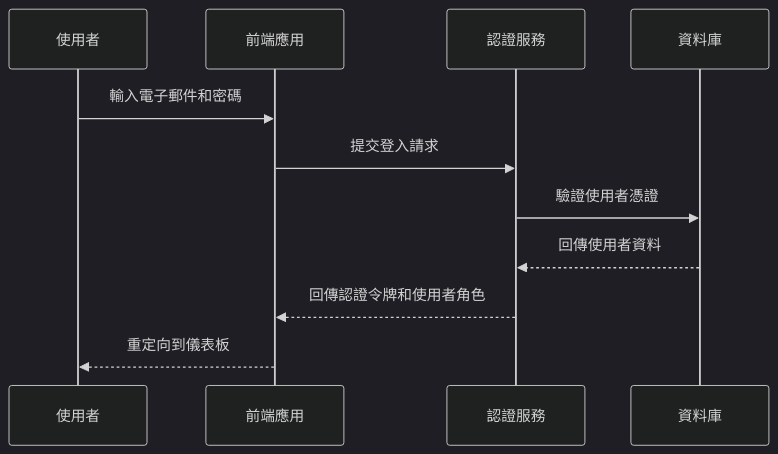
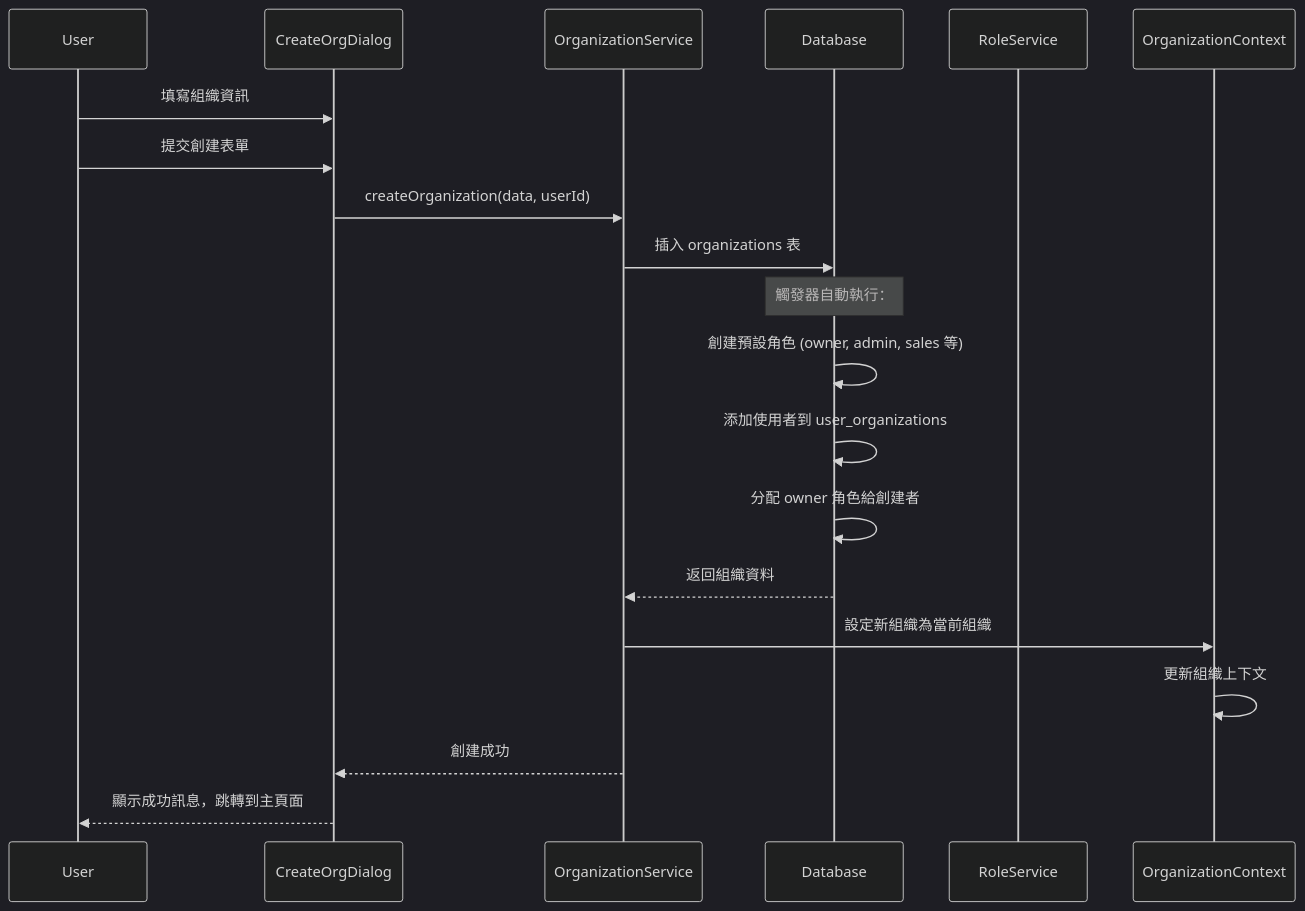
Before and after one commit to quinticechen/qerp-system: the second of 18 diagrams in docs/SEQUENCE_DIAGRAMS.md, drawn with Mermaid (dark theme). The commit also changed other lines of this file and 9 other files, not shown here.

````diff
--- a/docs/SEQUENCE_DIAGRAMS.md
+++ b/docs/SEQUENCE_DIAGRAMS.md
@@ -11,14 +43,25 @@
 ```mermaid
 sequenceDiagram
-    participant User as 使用者
-    participant Frontend as 前端應用
-    participant Auth as 認證服務
-    participant DB as 資料庫
+    participant U as User
+    participant UI as CreateOrgDialog
+    participant OS as OrganizationService
+    participant DB as Database
+    participant RS as RoleService
+    participant OC as OrganizationContext
 
-    User->>Frontend: 輸入電子郵件和密碼
-    Frontend->>Auth: 提交登入請求
-    Auth->>DB: 驗證使用者憑證
-    DB-->>Auth: 回傳使用者資料
-    Auth-->>Frontend: 回傳認證令牌和使用者角色
-    Frontend-->>User: 重定向到儀表板
+    U->>UI: 填寫組織資訊
+    U->>UI: 提交創建表單
+    UI->>OS: createOrganization(data, userId)
+    
+    OS->>DB: 插入 organizations 表
+    Note over DB: 觸發器自動執行：
+    DB->>DB: 創建預設角色 (owner, admin, sales 等)
+    DB->>DB: 添加使用者到 user_organizations
+    DB->>DB: 分配 owner 角色給創建者
+    
+    DB-->>OS: 返回組織資料
+    OS->>OC: 設定新組織為當前組織
+    OC->>OC: 更新組織上下文
+    OS-->>UI: 創建成功
+    UI-->>U: 顯示成功訊息，跳轉到主頁面
 ```
````
